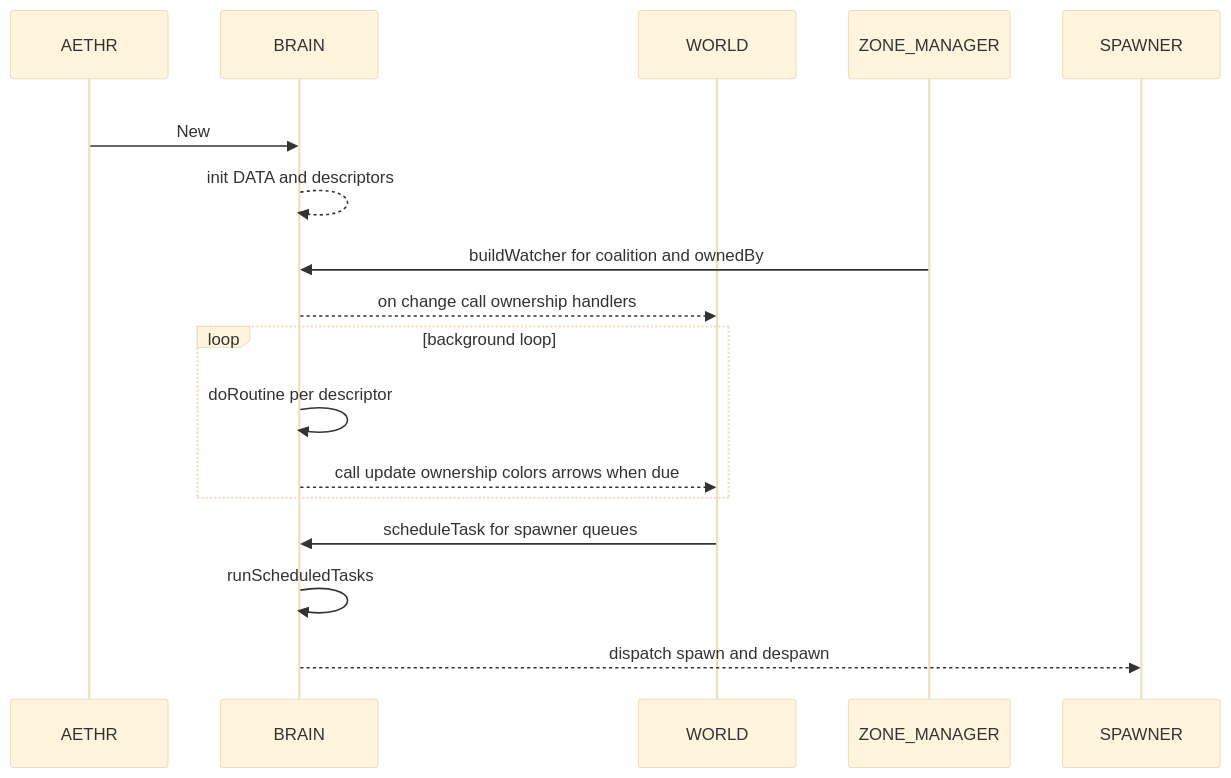
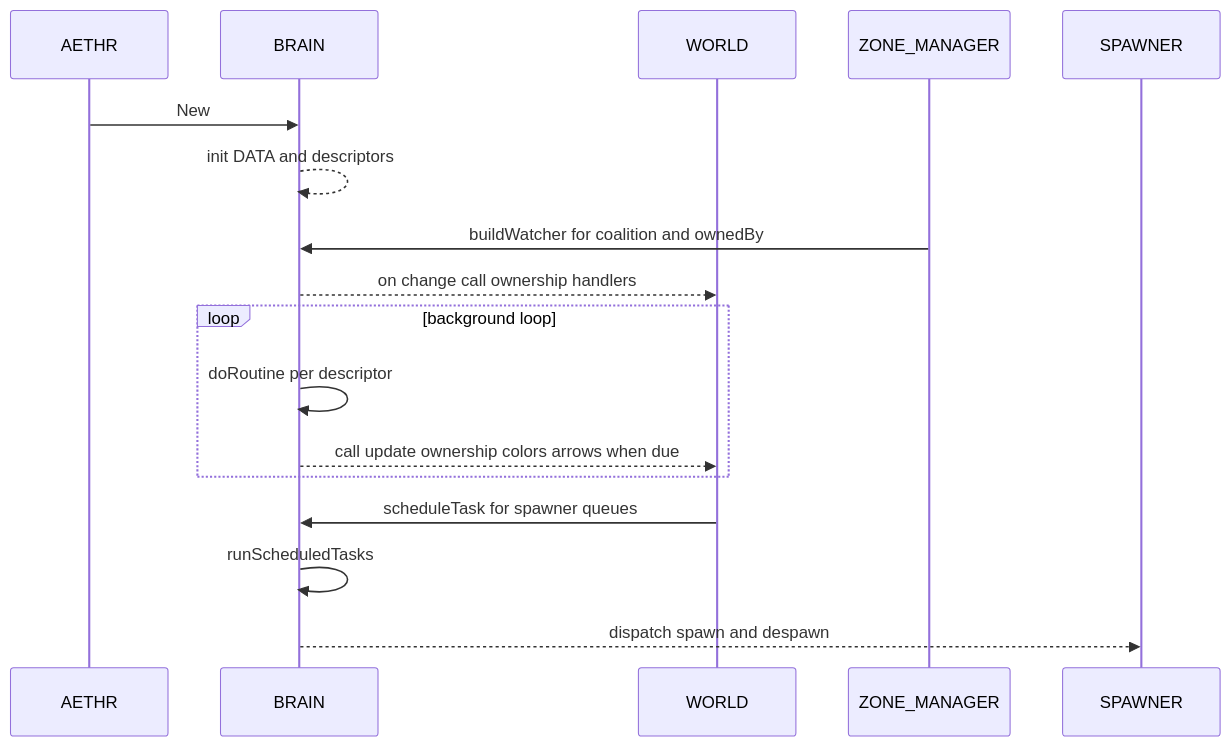
The second of 2 diagrams in docs/brain/README.md (Gh0st352/AETHR), drawn with Mermaid before and after one commit. The commit also changed other lines of this file and 20 other files, not shown here.

First line of the commit message:
docs: unify mermaid themes and clarify module graphs

````diff
--- a/docs/brain/README.md
+++ b/docs/brain/README.md
@@ -51,23 +50,21 @@
 ```mermaid
-%%{init: {"theme":"base"}}%%
+%% shared theme: docs/_mermaid/theme.json %%
 sequenceDiagram
-  %% background rect improves contrast on dark docs
-  rect rgba(255,255,255,0.75)
-    participant A as AETHR
-    participant BR as BRAIN
-    participant WL as WORLD
-    participant ZM as ZONE_MANAGER
-    participant SP as SPAWNER
-    A->>BR: New
-    BR-->>BR: init DATA and descriptors
-    ZM->>BR: buildWatcher for coalition and ownedBy
-    BR-->>WL: on change call ownership handlers
-    loop background loop
-      BR->>BR: doRoutine per descriptor
-      BR-->>WL: call update ownership colors arrows when due
-    end
-    WL->>BR: scheduleTask for spawner queues
-    BR->>BR: runScheduledTasks
-    BR-->>SP: dispatch spawn and despawn
+  participant A as AETHR
+  participant BR as BRAIN
+  participant WL as WORLD
+  participant ZM as ZONE_MANAGER
+  participant SP as SPAWNER
+
+  A->>BR: New
+  BR-->>BR: init DATA and descriptors
+  ZM->>BR: buildWatcher for coalition and ownedBy
+  BR-->>WL: on change call ownership handlers
+  loop background loop
+    BR->>BR: doRoutine per descriptor
+    BR-->>WL: call update ownership colors arrows when due
   end
+  WL->>BR: scheduleTask for spawner queues
+  BR->>BR: runScheduledTasks
+  BR-->>SP: dispatch spawn and despawn
 ```
````
